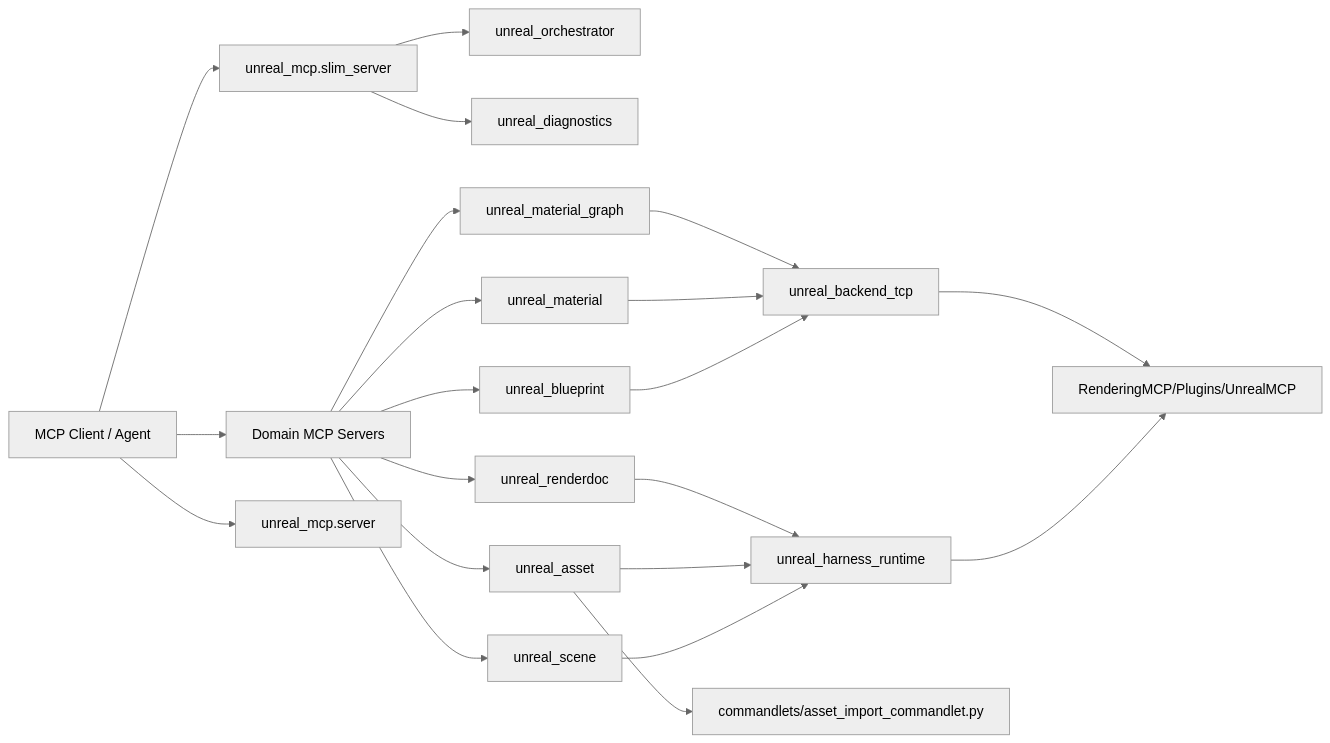
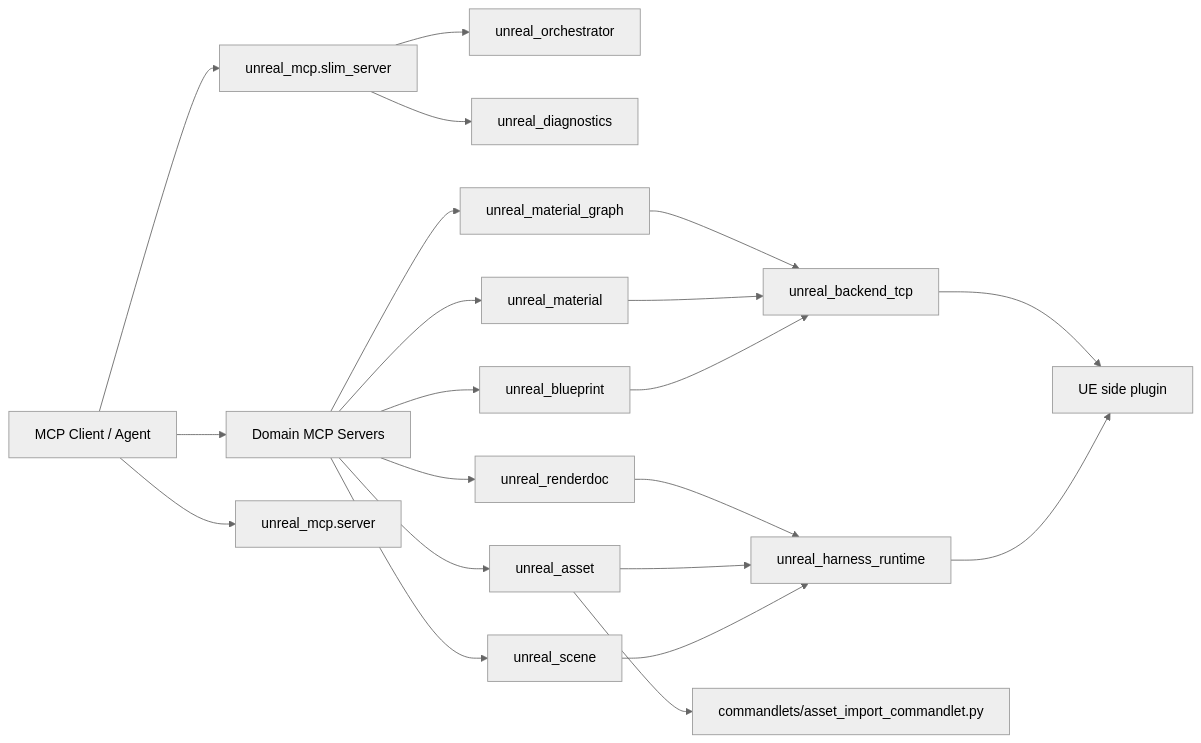
The diagram in docs/uemcp-feature-document.md (JinxiangW/unreal-mcp), drawn with Mermaid (neutral theme) before and after one commit. The commit also changed other lines of this file and 80 other files, not shown here.

````diff
--- a/docs/uemcp-feature-document.md
+++ b/docs/uemcp-feature-document.md
@@ -106,27 +106,27 @@
 ```mermaid
 flowchart LR
   Agent["MCP Client / Agent"] --> Slim["unreal_mcp.slim_server"]
   Agent --> Domain["Domain MCP Servers"]
   Agent --> Full["unreal_mcp.server"]
 
   Slim --> Orchestrator["unreal_orchestrator"]
   Slim --> Diagnostics["unreal_diagnostics"]
 
   Domain --> Scene["unreal_scene"]
   Domain --> Asset["unreal_asset"]
   Domain --> Blueprint["unreal_blueprint"]
   Domain --> Material["unreal_material"]
   Domain --> MaterialGraph["unreal_material_graph"]
   Domain --> RenderDoc["unreal_renderdoc"]
 
   Scene --> Runtime["unreal_harness_runtime"]
   Asset --> Runtime
   Blueprint --> Backend["unreal_backend_tcp"]
   Material --> Backend
   MaterialGraph --> Backend
   RenderDoc --> Runtime
 
-  Runtime --> UEPlugin["RenderingMCP/Plugins/UnrealMCP"]
+  Runtime --> UEPlugin["UE side plugin"]
   Backend --> UEPlugin
   Asset --> Commandlet["commandlets/asset_import_commandlet.py"]
 ```
````
